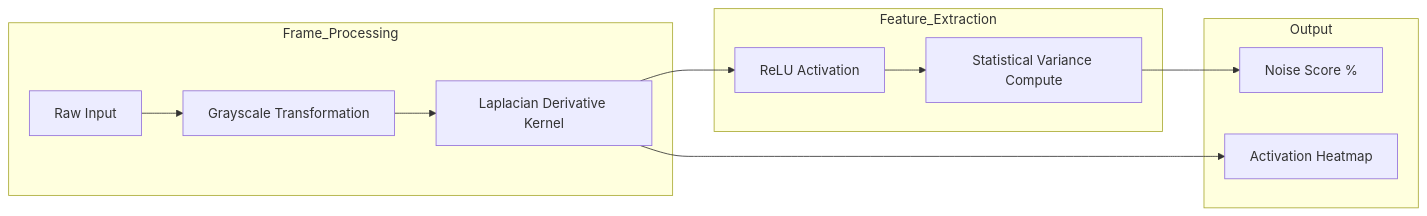
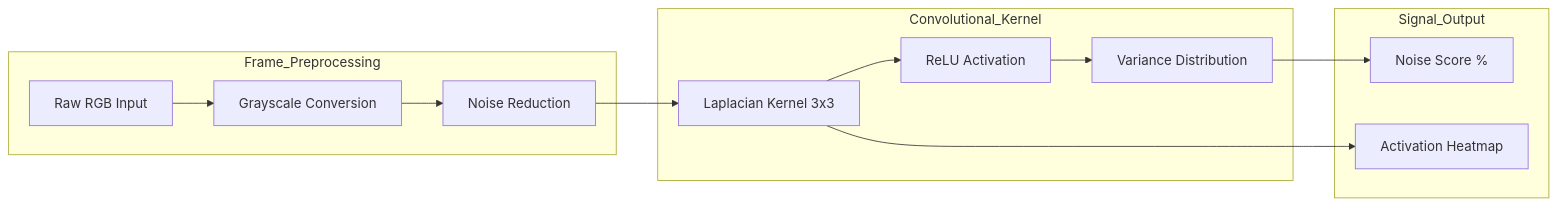
One commit to ritvikindupuri/FSD_Security changed the second of 3 diagrams in documentation.md. Above: the diagram before and after it, drawn with Mermaid. The commit also changed other lines of this file, not shown here.

````diff
--- a/documentation.md
+++ b/documentation.md
@@ -74,17 +87,18 @@
 ```mermaid
 graph LR
-    subgraph Frame_Processing
-    I[Raw Input] --> GS[Grayscale Transformation]
-    GS --> LT[Laplacian Derivative Kernel]
+    subgraph Frame_Preprocessing
+    I[Raw RGB Input] --> GS[Grayscale Conversion]
+    GS --> NR[Noise Reduction]
     end
     
-    subgraph Feature_Extraction
+    subgraph Convolutional_Kernel
+    NR --> LT[Laplacian Kernel 3x3]
     LT --> AC[ReLU Activation]
-    AC --> VAR[Statistical Variance Compute]
+    AC --> VAR[Variance Distribution]
     end
     
-    subgraph Output
+    subgraph Signal_Output
     VAR --> NS[Noise Score %]
     LT --> HM[Activation Heatmap]
     end
 ```
````
